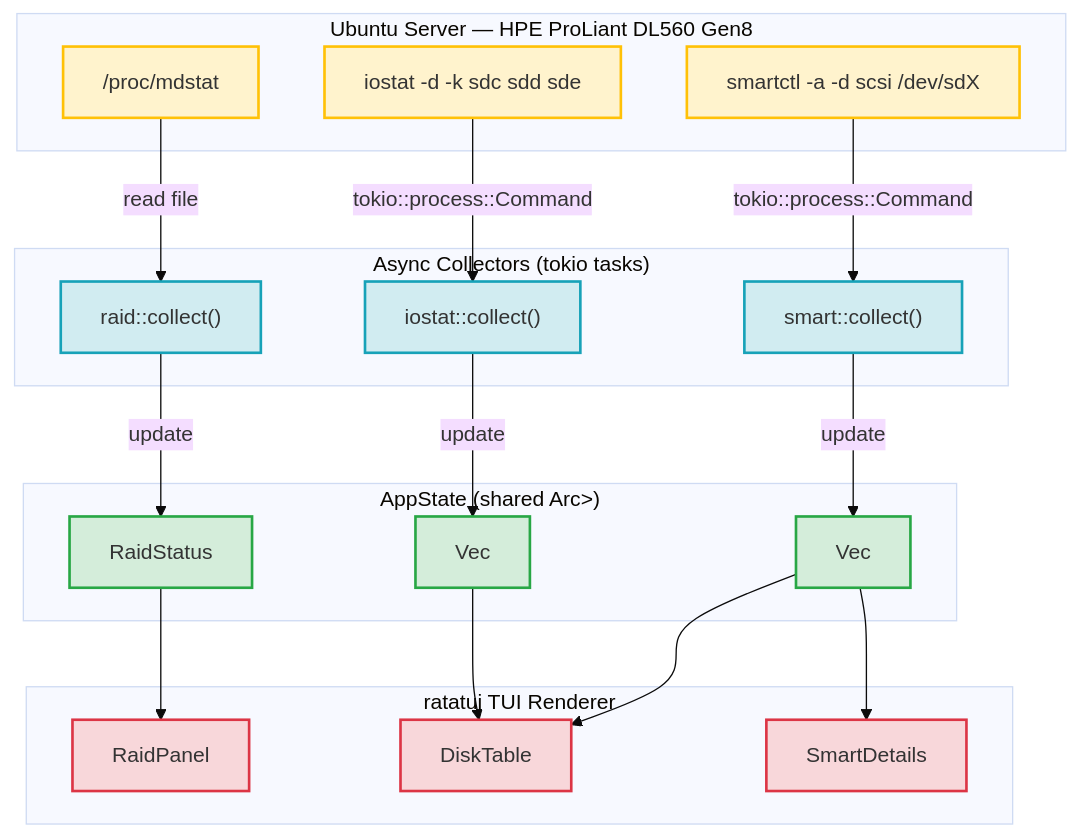
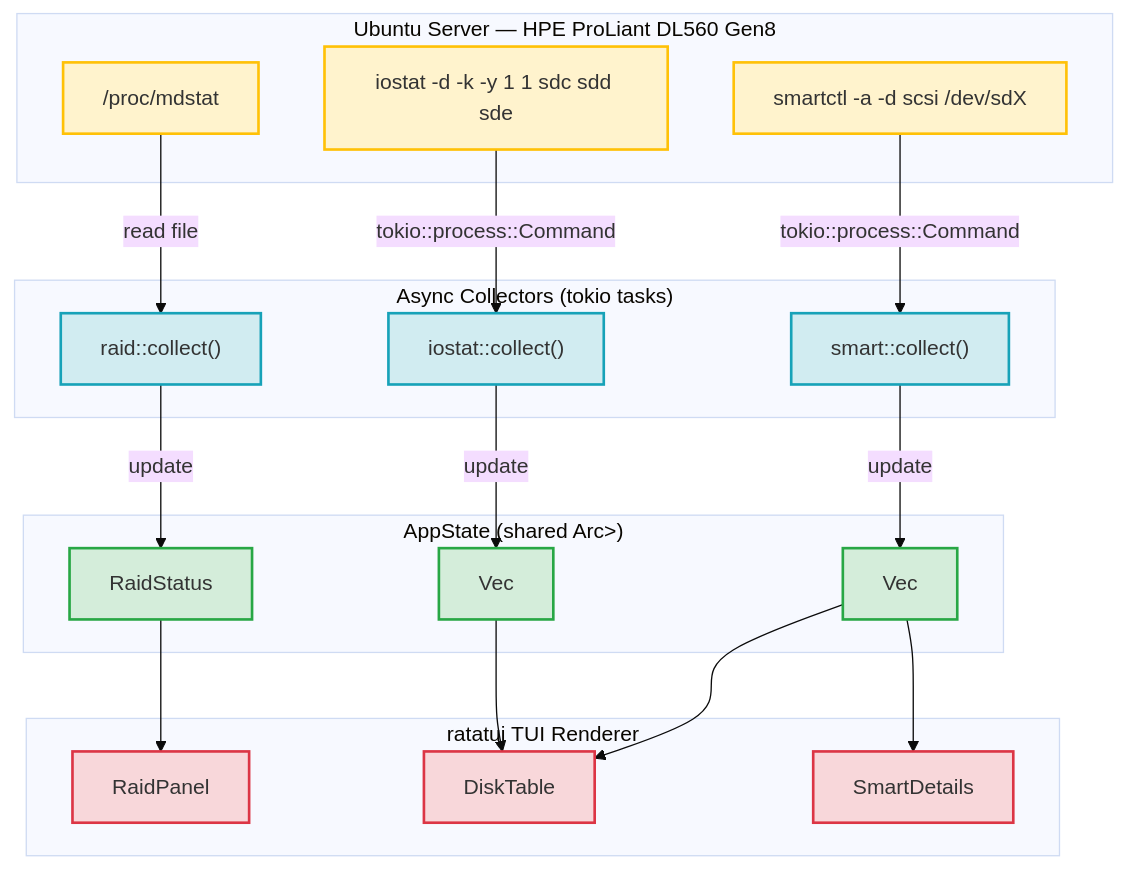
The first of 2 diagrams in docs/software/00-architecture.md (Gongpai/vault-watch), drawn with Mermaid (base theme) before and after one commit. The commit also changed other lines of this file and 9 other files, not shown here.

````diff
--- a/docs/software/00-architecture.md
+++ b/docs/software/00-architecture.md
@@ -13,49 +13,49 @@
 ```mermaid
 graph TD
     subgraph System ["Ubuntu Server — HPE ProLiant DL560 Gen8"]
         mdstat["/proc/mdstat"]
         smartctl["smartctl -a -d scsi /dev/sdX"]
-        iostat["iostat -d -k sdc sdd sde"]
+        iostat["iostat -d -k -y 1 1 sdc sdd sde"]
     end
 
     subgraph Collectors ["Async Collectors (tokio tasks)"]
         RC["raid::collect()"]
         SC["smart::collect()"]
         IC["iostat::collect()"]
     end
 
     subgraph AppState ["AppState (shared Arc<Mutex<>>)"]
         RS["RaidStatus"]
         DI["Vec<DiskInfo>"]
         IT["Vec<IoStats>"]
     end
 
     subgraph UI ["ratatui TUI Renderer"]
         RP["RaidPanel"]
         DT["DiskTable"]
         SD["SmartDetails"]
     end
 
     mdstat -->|"read file"| RC
     smartctl -->|"tokio::process::Command"| SC
     iostat -->|"tokio::process::Command"| IC
 
     RC -->|"update"| RS
     SC -->|"update"| DI
     IC -->|"update"| IT
 
     RS --> RP
     DI --> DT
     DI --> SD
     IT --> DT
 
     classDef system fill:#fff3cd,stroke:#ffc107,stroke-width:2px;
     classDef collector fill:#d1ecf1,stroke:#17a2b8,stroke-width:2px;
     classDef state fill:#d4edda,stroke:#28a745,stroke-width:2px;
     classDef ui fill:#f8d7da,stroke:#dc3545,stroke-width:2px;
 
     class mdstat,smartctl,iostat system;
     class RC,SC,IC collector;
     class RS,DI,IT state;
     class RP,DT,SD ui;
 ```
````
